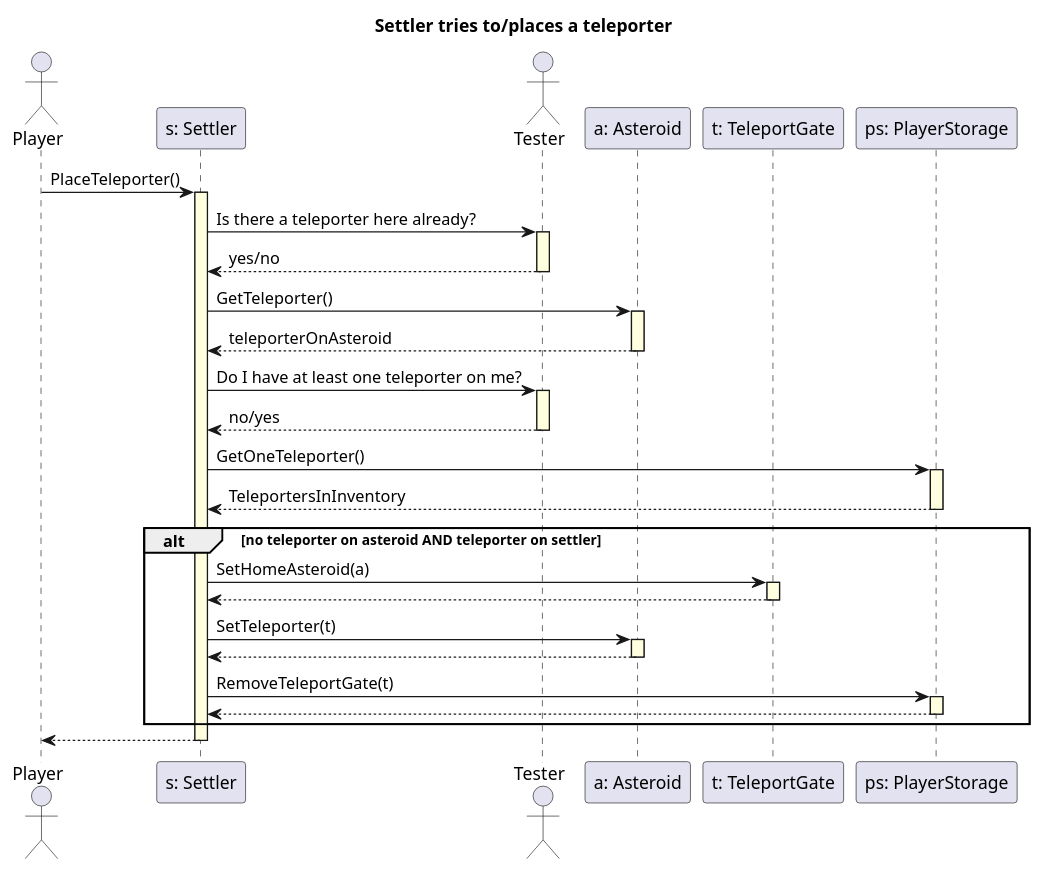
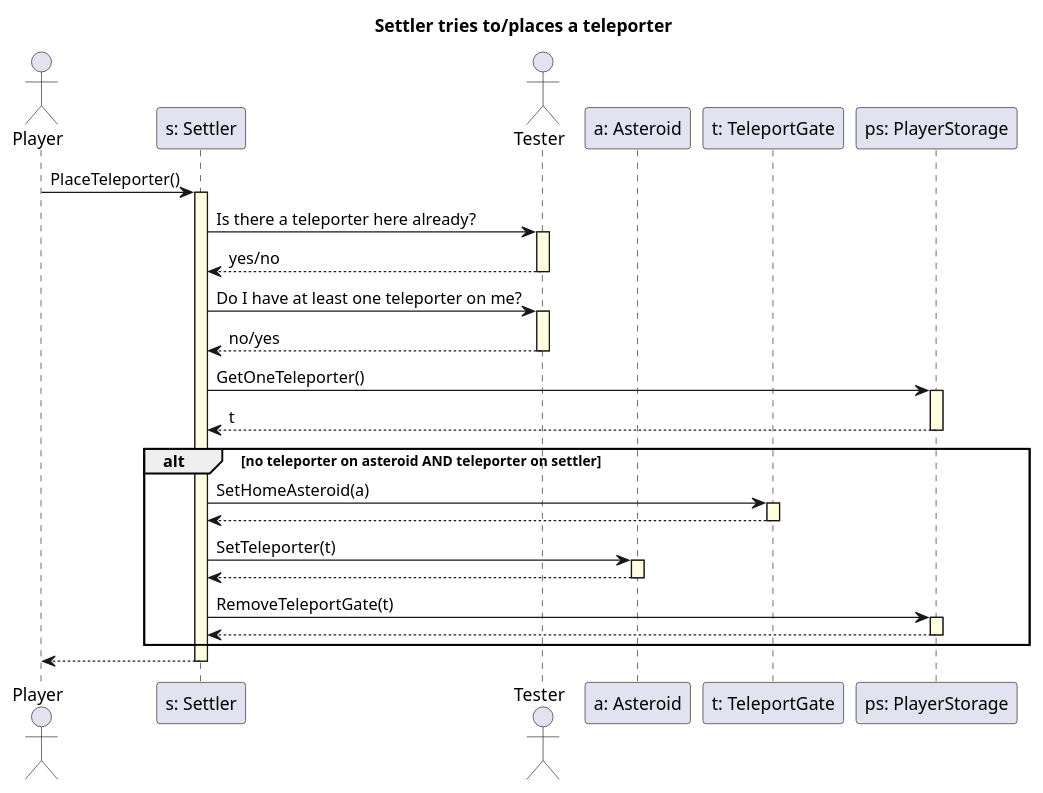
Before and after one commit to bbucsy/projlab_holy_oil: the diagram in uml/placeteleport.plantuml, drawn with PlantUML. The commit also changed 10 other files, not shown here.

```diff
--- a/uml/placeteleport.plantuml
+++ b/uml/placeteleport.plantuml
@@ -1,33 +1,31 @@
 @startuml
 
 skinparam SequenceLifeLineBackgroundColor LightYellow
 title "Settler tries to/places a teleporter"
 actor Player as player
 participant "s: Settler" as settler
 actor Tester as tester
 participant "a: Asteroid" as asteroid
 participant "t: TeleportGate" as teleport
 participant "ps: PlayerStorage" as storage
 
 player -> settler ++: PlaceTeleporter()
 settler -> tester ++: Is there a teleporter here already?
 tester --> settler --: yes/no
-settler -> asteroid ++: GetTeleporter()
-asteroid --> settler -- : teleporterOnAsteroid
 settler -> tester ++: Do I have at least one teleporter on me?
 tester --> settler --: no/yes
 settler -> storage ++: GetOneTeleporter()
-storage --> settler -- : TeleportersInInventory
+storage --> settler -- : t
 
 alt no teleporter on asteroid AND teleporter on settler
     settler -> teleport ++: SetHomeAsteroid(a)
     teleport --> settler --
     settler -> asteroid ++: SetTeleporter(t)
     asteroid --> settler --
     settler -> storage ++: RemoveTeleportGate(t)
     storage --> settler --
 
 end
 settler --> player --
 
 @enduml
```
